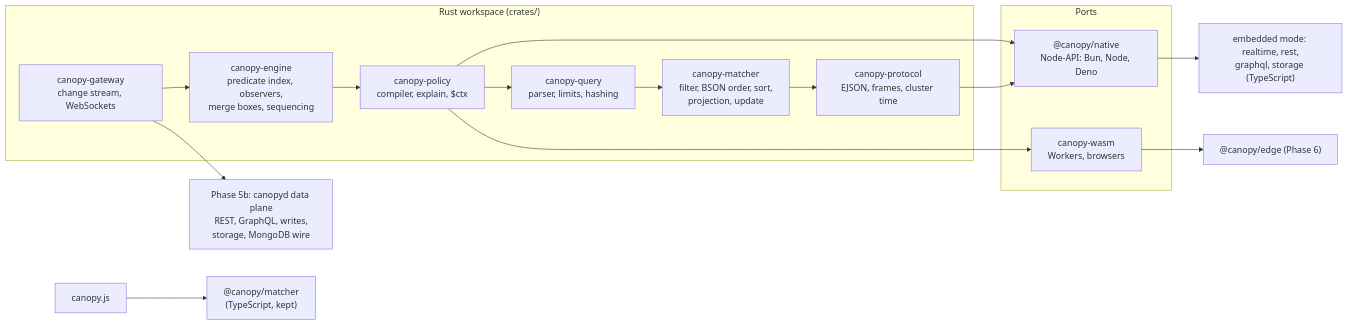
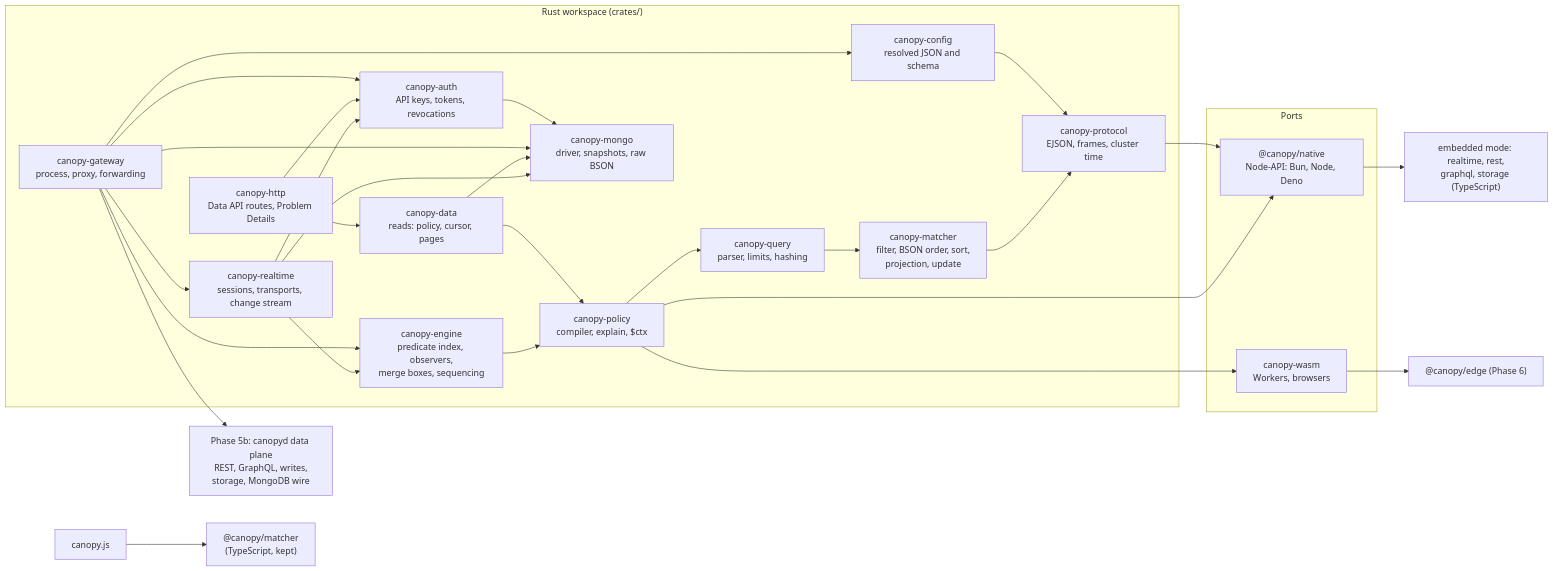
The diagram in docs/design/14-native-core.md (FlazexHQ/Canopy), drawn with Mermaid before and after one commit. The commit also changed other lines of this file and 310 other files, not shown here.

First line of the commit message:
feat: serve find from the Rust data plane behind CANOPY_DATA_PLANE_ROUTES

````diff
--- a/docs/design/14-native-core.md
+++ b/docs/design/14-native-core.md
@@ -82,27 +82,46 @@
 ```mermaid
 flowchart LR
   subgraph Crates["Rust workspace (crates/)"]
     PR["canopy-protocol<br/>EJSON, frames, cluster time"]
     MA["canopy-matcher<br/>filter, BSON order, sort,<br/>projection, update"]
     QU["canopy-query<br/>parser, limits, hashing"]
     PO["canopy-policy<br/>compiler, explain, $ctx"]
     EN["canopy-engine<br/>predicate index, observers,<br/>merge boxes, sequencing"]
-    GW["canopy-gateway<br/>change stream, WebSockets"]
+    MO["canopy-mongo<br/>driver, snapshots, raw BSON"]
+    AU["canopy-auth<br/>API keys, tokens, revocations"]
+    RT["canopy-realtime<br/>sessions, transports, change stream"]
+    CFG["canopy-config<br/>resolved JSON and schema"]
+    DA["canopy-data<br/>reads: policy, cursor, pages"]
+    HT["canopy-http<br/>Data API routes, Problem Details"]
+    GW["canopy-gateway<br/>process, proxy, forwarding"]
     MA --> PR
     QU --> MA
     PO --> QU
     EN --> PO
+    RT --> EN
+    RT --> MO
+    RT --> AU
+    GW --> CFG
+    CFG --> PR
+    DA --> PO
+    DA --> MO
+    HT --> DA
+    HT --> AU
+    GW --> RT
     GW --> EN
+    GW --> MO
+    GW --> AU
+    AU --> MO
   end
   subgraph Ports["Ports"]
     NAPI["@canopy/native<br/>Node-API: Bun, Node, Deno"]
     WASM["canopy-wasm<br/>Workers, browsers"]
   end
   PO --> NAPI
   PR --> NAPI
   PO --> WASM
   GW --> DP["Phase 5b: canopyd data plane<br/>REST, GraphQL, writes,<br/>storage, MongoDB wire"]
   NAPI --> TS["embedded mode: realtime, rest,<br/>graphql, storage (TypeScript)"]
   WASM --> EDGE["@canopy/edge (Phase 6)"]
   CL["canopy.js"] --> TSM["@canopy/matcher<br/>(TypeScript, kept)"]
 ```
````
